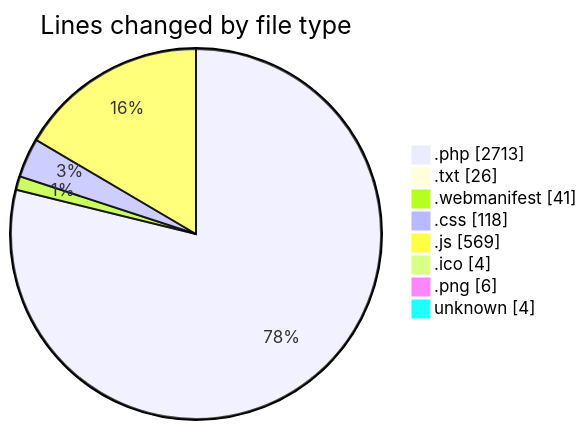
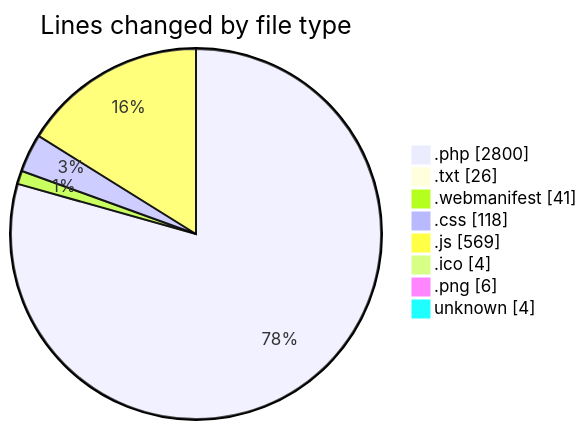
One commit to lephambinh05/code-tracking changed the first of 2 diagrams in 2025-08-20/quytuthien_vn/README.md. Above: the diagram before and after it, drawn with Mermaid. The commit also changed other lines of this file and 1 other file, not shown here.

````diff
--- a/2025-08-20/quytuthien_vn/README.md
+++ b/2025-08-20/quytuthien_vn/README.md
@@ -84,12 +85,12 @@
 ```mermaid
 pie showData
 title Lines changed by file type
-".php" : 2713
+".php" : 2800
 ".txt" : 26
 ".webmanifest" : 41
 ".css" : 118
 ".js" : 569
 ".ico" : 4
 ".png" : 6
 "unknown" : 4
 ```
````
